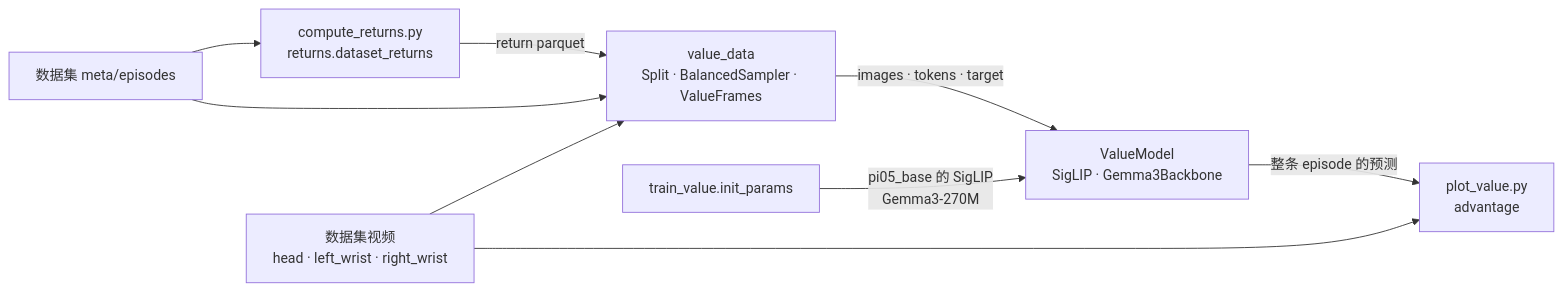
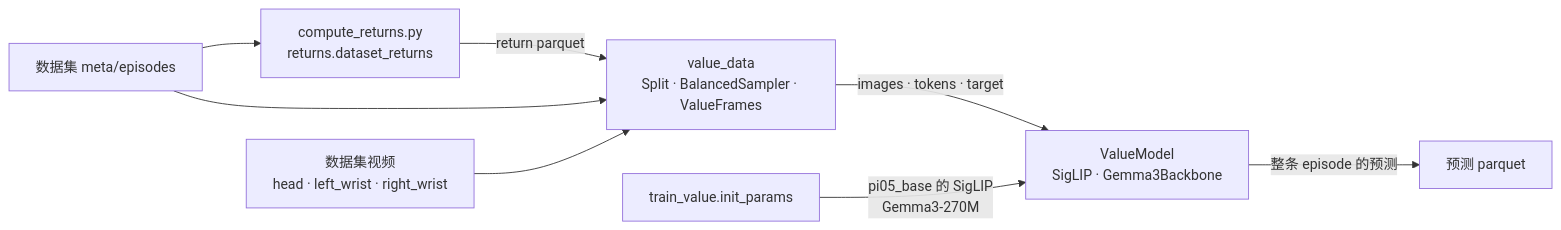
The third of 6 diagrams in docs/xense-openpi/codebase.md (AtticusZeller/vla-post-train), drawn with Mermaid before and after one commit. The commit also changed other lines of this file and 4 other files, not shown here.

````diff
--- a/docs/xense-openpi/codebase.md
+++ b/docs/xense-openpi/codebase.md
@@ -158,18 +201,17 @@
 ```mermaid
 flowchart LR
     META["数据集 meta/episodes"]
     VID["数据集视频<br/>head · left_wrist · right_wrist"]
     CR["compute_returns.py<br/>returns.dataset_returns"]
     VD["value_data<br/>Split · BalancedSampler · ValueFrames"]
     INIT["train_value.init_params"]
     VM["ValueModel<br/>SigLIP · Gemma3Backbone"]
-    PV["plot_value.py<br/>advantage"]
+    PV["预测 parquet"]
     META --> CR
     CR -- "return parquet" --> VD
     META --> VD
     VID --> VD
     VD -- "images · tokens · target" --> VM
     INIT -- "pi05_base 的 SigLIP<br/>Gemma3-270M" --> VM
     VM -- "整条 episode 的预测" --> PV
-    VID --> PV
 ```
````
